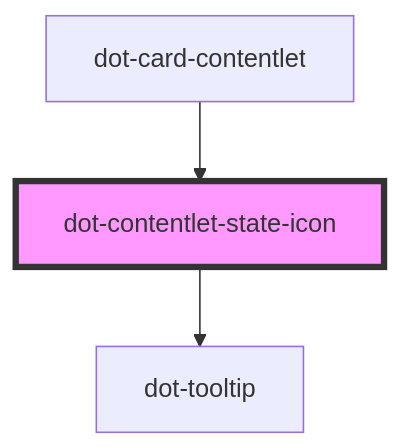
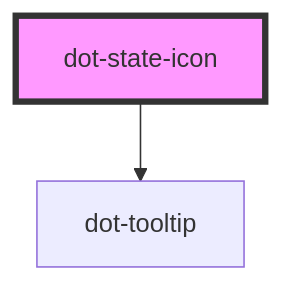
The diagram in src/elements/dot-state-icon/readme.md (dotCMS/dotcms-webcomponents), drawn with Mermaid before and after one commit. The commit also changed other lines of this file and 8 other files, not shown here.

````diff
--- a/src/elements/dot-state-icon/readme.md
+++ b/src/elements/dot-state-icon/readme.md
@@ -26,6 +22,5 @@
 ```mermaid
 graph TD;
-  dot-contentlet-state-icon --> dot-tooltip
-  dot-card-contentlet --> dot-contentlet-state-icon
-  style dot-contentlet-state-icon fill:#f9f,stroke:#333,stroke-width:4px
+  dot-state-icon --> dot-tooltip
+  style dot-state-icon fill:#f9f,stroke:#333,stroke-width:4px
 ```
````
